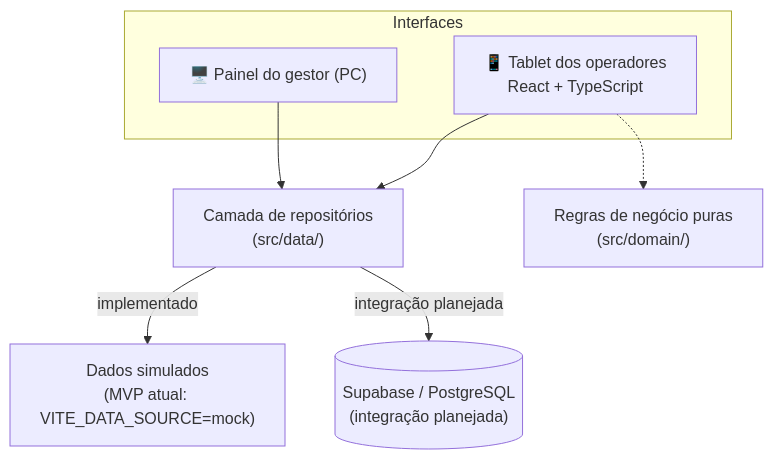
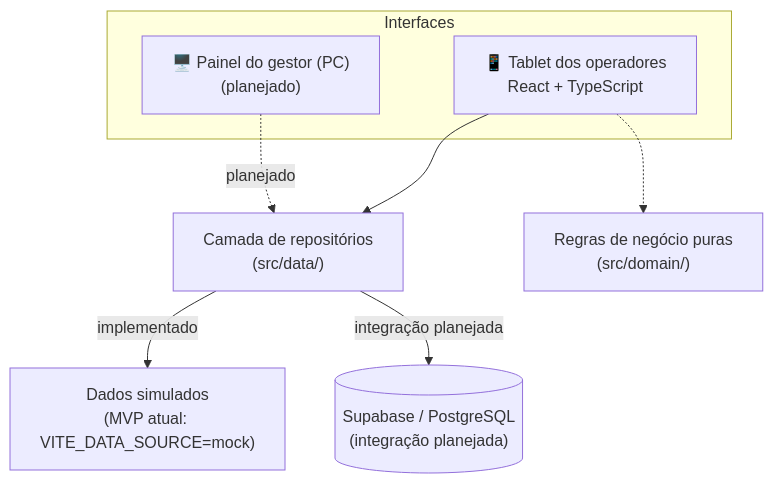
One commit to CarvalhoNathan/mada changed the second of 2 diagrams in README.md. Above: the diagram before and after it, drawn with Mermaid. The commit also changed other lines of this file and 2 other files, not shown here.

````diff
--- a/README.md
+++ b/README.md
@@ -76,16 +76,16 @@
 ```mermaid
 flowchart TB
     subgraph Interfaces
         T["📱 Tablet dos operadores<br/>React + TypeScript"]
-        P["🖥️ Painel do gestor (PC)"]
+        P["🖥️ Painel do gestor (PC)<br/>(planejado)"]
     end
     R["Camada de repositórios<br/>(src/data/)"]
     M["Dados simulados<br/>(MVP atual: VITE_DATA_SOURCE=mock)"]
     S[("Supabase / PostgreSQL<br/>(integração planejada)")]
     D["Regras de negócio puras<br/>(src/domain/)"]
     T --> R
-    P --> R
+    P -.->|planejado| R
     T -.-> D
     R -->|implementado| M
     R -->|integração planejada| S
 ```
````
